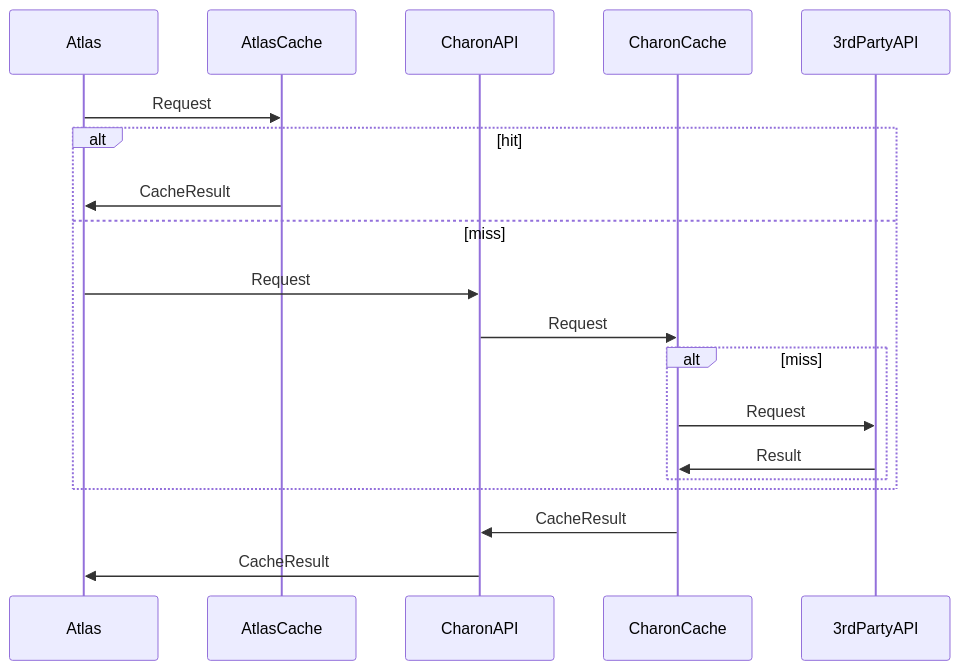
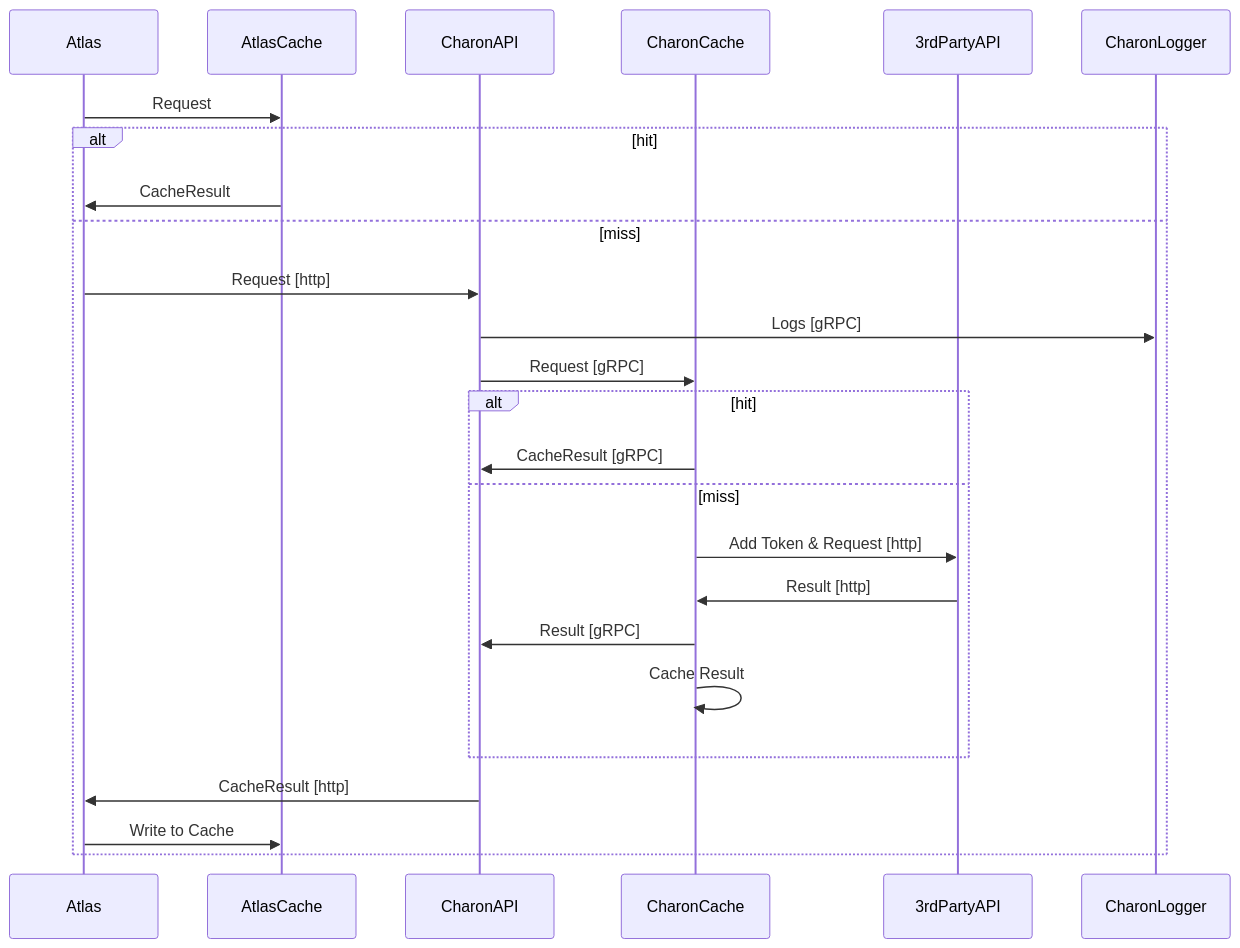
The diagram in roadmap/roadmap.md (fossabot/atlas-2), drawn with Mermaid before and after one commit. The commit also changed other lines of this file and 14 other files, not shown here.

Commit message:
updated roadmap

````diff
--- a/roadmap/roadmap.md
+++ b/roadmap/roadmap.md
@@ -108,16 +115,28 @@
 ```mermaid
 sequenceDiagram
+    participant Atlas
+    participant AtlasCache
+    participant CharonAPI
+    participant CharonCache
+    participant 3rdPartyAPI
+    participant CharonLogger
+
     Atlas->>AtlasCache: Request
     alt hit
         AtlasCache->>Atlas: CacheResult
     else miss
-        Atlas->>CharonAPI: Request
-        CharonAPI->>CharonCache: Request
-        alt miss
-            CharonCache->>3rdPartyAPI: Request
-            3rdPartyAPI->>CharonCache: Result
+        Atlas->>CharonAPI:  Request [http]
+        CharonAPI->>CharonLogger: Logs [gRPC]
+        CharonAPI->>CharonCache: Request [gRPC]
+        alt hit
+            CharonCache->>CharonAPI: CacheResult [gRPC]
+        else miss
+            CharonCache->>3rdPartyAPI: Add Token & Request [http]
+            3rdPartyAPI->>CharonCache: Result [http]
+            CharonCache->>CharonAPI: Result [gRPC]
+            CharonCache->>CharonCache: Cache Result
         end
+    CharonAPI->>Atlas: CacheResult [http]
+    Atlas->>AtlasCache: Write to Cache
     end
-    CharonCache->>CharonAPI: CacheResult
-    CharonAPI->>Atlas: CacheResult
 ```
````
